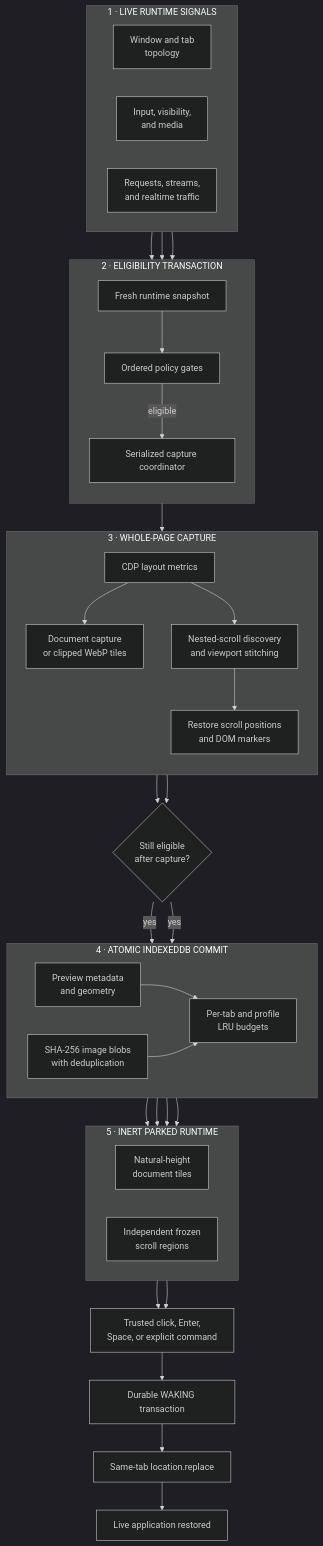
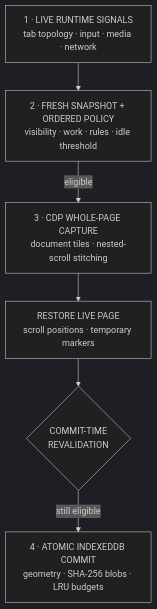
The first of 3 diagrams in README.md (ElijahUmana/tab-sleep), drawn with Mermaid (dark theme) before and after one commit. The commit also changed other lines of this file, not shown here.

Commit message:
docs: split architecture into legible diagrams
Keep GitHub from shrinking a single oversized SVG by separating capture and wake flows, shortening transition labels, and removing all observed clipping and overlap sources.

````diff
--- a/README.md
+++ b/README.md
@@ -11,65 +13,15 @@
 ```mermaid
 flowchart TB
-  subgraph Signals["1 · LIVE RUNTIME SIGNALS"]
-    direction LR
-    Topology["Window and tab<br/>topology"]
-    Activity["Input, visibility,<br/>and media"]
-    Network["Requests, streams,<br/>and realtime traffic"]
-  end
+  Signals["1 · LIVE RUNTIME SIGNALS<br/>tab topology · input · media · network"]
+  Decision["2 · FRESH SNAPSHOT + ORDERED POLICY<br/>visibility · work · rules · idle threshold"]
+  Capture["3 · CDP WHOLE-PAGE CAPTURE<br/>document tiles · nested-scroll stitching"]
+  Restore["RESTORE LIVE PAGE<br/>scroll positions · temporary markers"]
+  Gate{"COMMIT-TIME<br/>REVALIDATION"}
+  Commit["4 · ATOMIC INDEXEDDB COMMIT<br/>geometry · SHA-256 blobs · LRU budgets"]
 
-  subgraph Decision["2 · ELIGIBILITY TRANSACTION"]
-    direction TB
-    Snapshot["Fresh runtime snapshot"]
-    Policy["Ordered policy gates"]
-    Coordinator["Serialized capture coordinator"]
-    Snapshot --> Policy -->|eligible| Coordinator
-  end
-
-  subgraph Capture["3 · WHOLE-PAGE CAPTURE"]
-    direction TB
-    CDP["CDP layout metrics"]
-    Document["Document capture<br/>or clipped WebP tiles"]
-    Nested["Nested-scroll discovery<br/>and viewport stitching"]
-    Restore["Restore scroll positions<br/>and DOM markers"]
-    CDP --> Document
-    CDP --> Nested --> Restore
-  end
-
-  Gate{"Still eligible<br/>after capture?"}
-
-  subgraph Storage["4 · ATOMIC INDEXEDDB COMMIT"]
-    direction LR
-    Metadata["Preview metadata<br/>and geometry"]
-    Blobs["SHA-256 image blobs<br/>with deduplication"]
-    Budget["Per-tab and profile<br/>LRU budgets"]
-    Metadata --> Budget
-    Blobs --> Budget
-  end
-
-  subgraph Parked["5 · INERT PARKED RUNTIME"]
-    direction LR
-    Tiles["Natural-height<br/>document tiles"]
-    Regions["Independent frozen<br/>scroll regions"]
-  end
-
-  Wake["Trusted click, Enter,<br/>Space, or explicit command"]
-  Transaction["Durable WAKING transaction"]
-  Replace["Same-tab location.replace"]
-  Live["Live application restored"]
-
-  Topology --> Snapshot
-  Activity --> Snapshot
-  Network --> Snapshot
-  Coordinator --> CDP
-  Document --> Gate
+  Signals --> Decision
+  Decision -->|eligible| Capture
+  Capture --> Restore
   Restore --> Gate
-  Gate -->|yes| Metadata
-  Gate -->|yes| Blobs
-  Metadata --> Tiles
-  Blobs --> Tiles
-  Metadata --> Regions
-  Blobs --> Regions
-  Tiles --> Wake
-  Regions --> Wake
-  Wake --> Transaction --> Replace --> Live
+  Gate -->|still eligible| Commit
 ```
````
